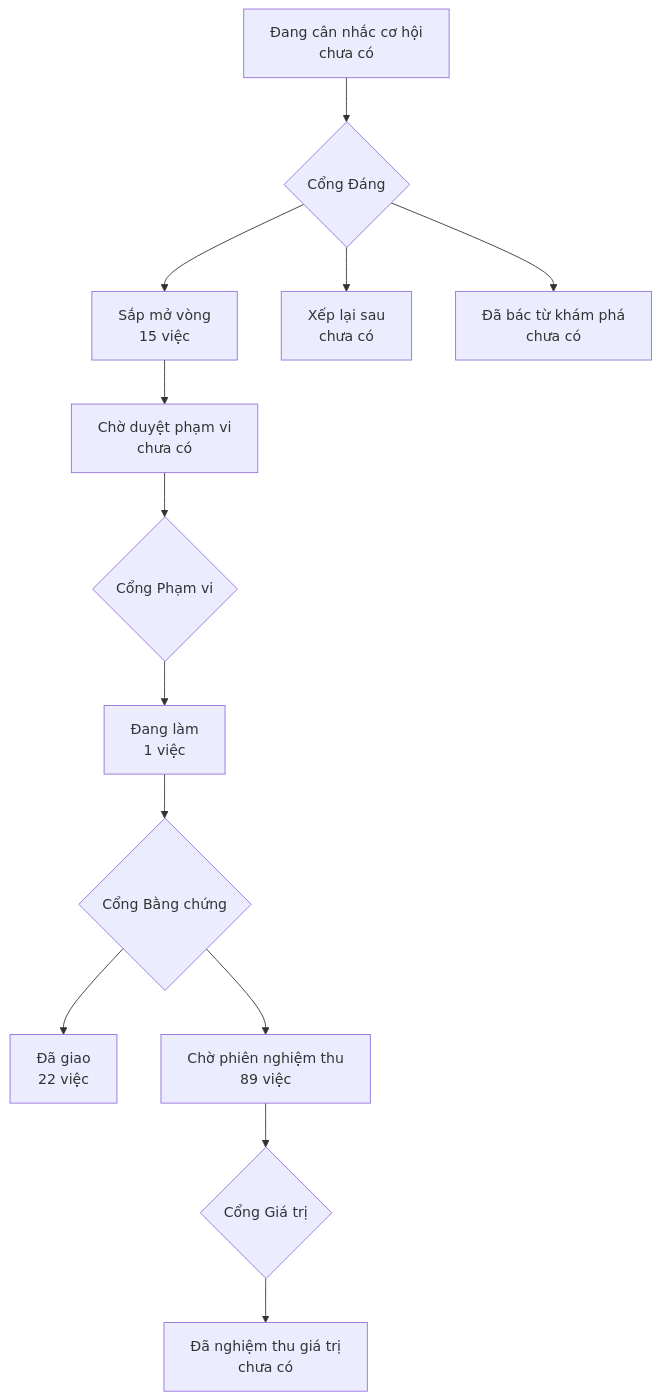
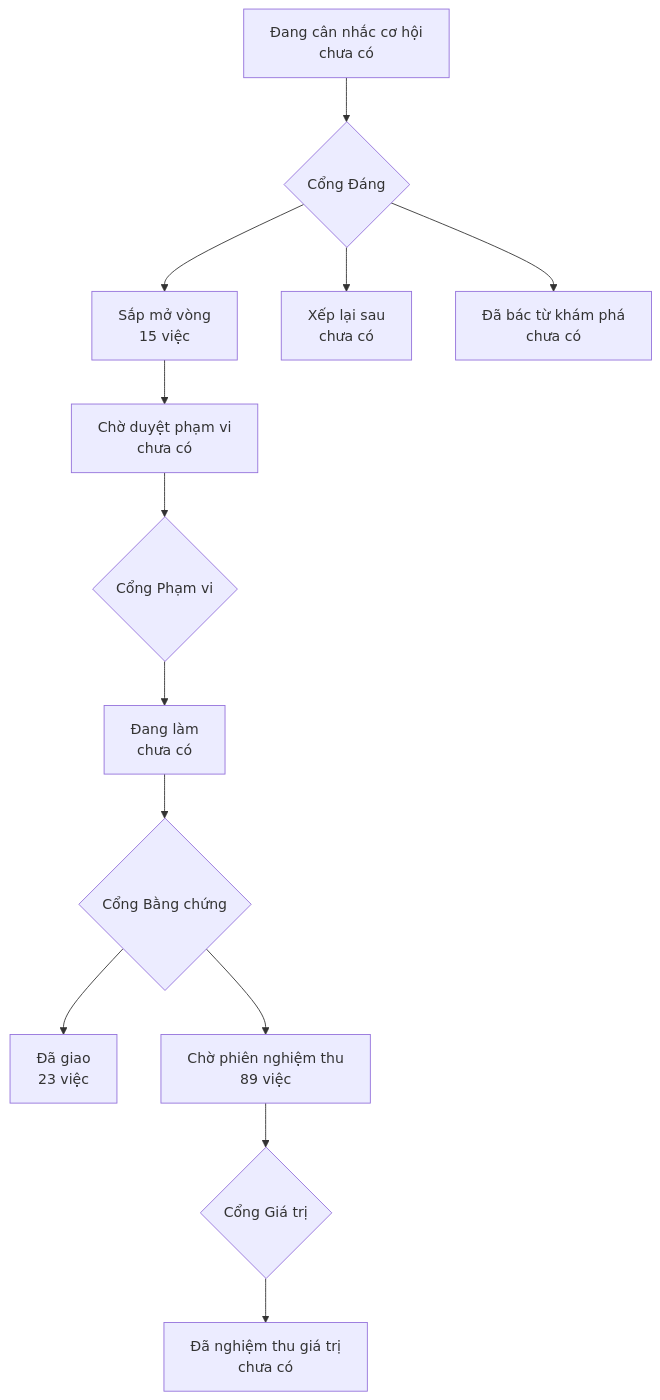
The diagram in PRODUCT-MAP.md (phanlemanh/onehub-quy-hang), drawn with Mermaid before and after one commit. The commit also changed other lines of this file and 4 other files, not shown here.

````diff
--- a/PRODUCT-MAP.md
+++ b/PRODUCT-MAP.md
@@ -7,12 +7,12 @@
 ```mermaid
 flowchart TD
   A["Đang cân nhắc cơ hội<br/>chưa có"] --> GD{"Cổng Đáng"}
   GD --> B["Sắp mở vòng<br/>15 việc"]
   GD --> XL["Xếp lại sau<br/>chưa có"]
   GD --> DB["Đã bác từ khám phá<br/>chưa có"]
   B --> CD["Chờ duyệt phạm vi<br/>chưa có"] --> GP{"Cổng Phạm vi"}
-  GP --> DL["Đang làm<br/>1 việc"] --> GB{"Cổng Bằng chứng"}
-  GB --> DG["Đã giao<br/>22 việc"]
+  GP --> DL["Đang làm<br/>chưa có"] --> GB{"Cổng Bằng chứng"}
+  GB --> DG["Đã giao<br/>23 việc"]
   GB --> CN["Chờ phiên nghiệm thu<br/>89 việc"] --> GG{"Cổng Giá trị"}
   GG --> NT["Đã nghiệm thu giá trị<br/>chưa có"]
 ```
````
